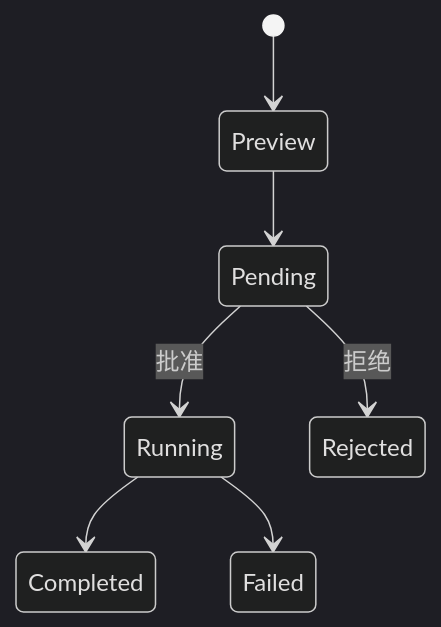
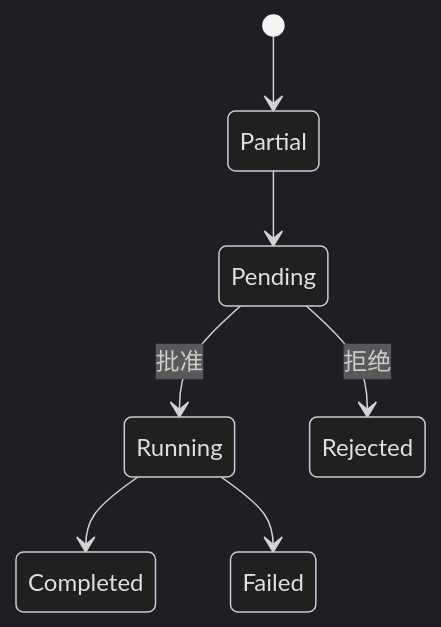
Before and after one commit to Floribunda1/reflecta: the second of 2 diagrams in docs/iterations/v1.2.5/storybook-acceptance-design-plan.md, drawn with Mermaid (dark theme). The commit also changed other lines of this file, not shown here.

````diff
--- a/docs/iterations/v1.2.5/storybook-acceptance-design-plan.md
+++ b/docs/iterations/v1.2.5/storybook-acceptance-design-plan.md
@@ -702,9 +485,9 @@
 ```mermaid
 stateDiagram-v2
-    [*] --> Preview
-    Preview --> Pending
+    [*] --> Partial
+    Partial --> Pending
     Pending --> Running: 批准
     Pending --> Rejected: 拒绝
     Running --> Completed
     Running --> Failed
 ```
````
